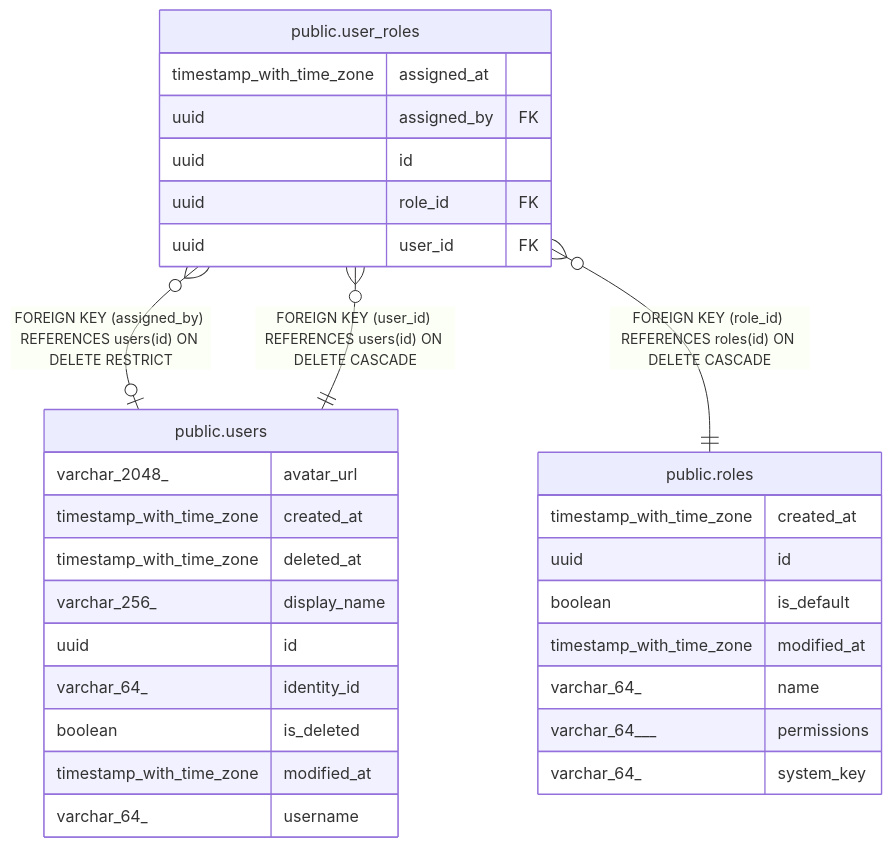
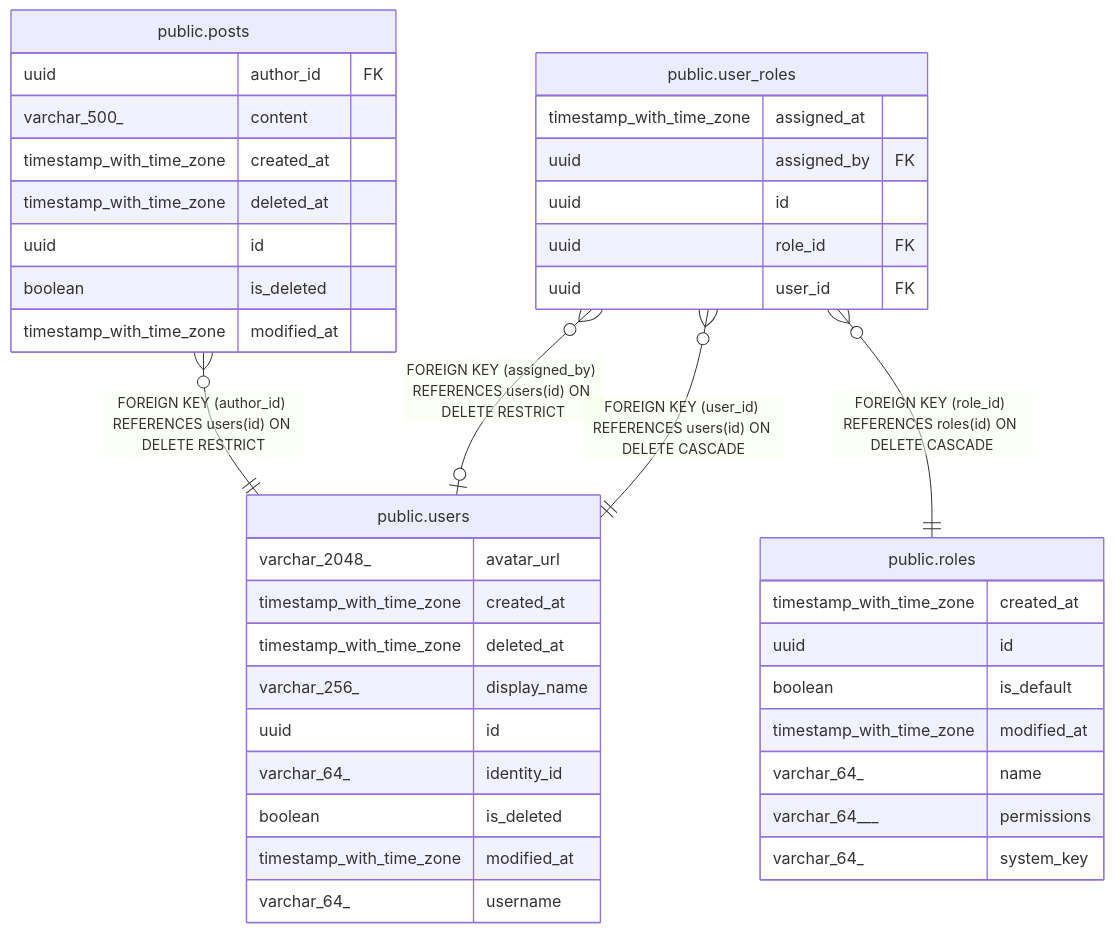
One commit to trduc2712/choco-api changed the diagram in docs/database/README.md. Above: the diagram before and after it, drawn with Mermaid. The commit also changed other lines of this file and 24 other files, not shown here.

````diff
--- a/docs/database/README.md
+++ b/docs/database/README.md
@@ -13,35 +14,45 @@
 ```mermaid
 erDiagram
 
+"public.posts" }o--|| "public.users" : "FOREIGN KEY (author_id) REFERENCES users(id) ON DELETE RESTRICT"
 "public.user_roles" }o--o| "public.users" : "FOREIGN KEY (assigned_by) REFERENCES users(id) ON DELETE RESTRICT"
 "public.user_roles" }o--|| "public.users" : "FOREIGN KEY (user_id) REFERENCES users(id) ON DELETE CASCADE"
 "public.user_roles" }o--|| "public.roles" : "FOREIGN KEY (role_id) REFERENCES roles(id) ON DELETE CASCADE"
 
+"public.posts" {
+  uuid author_id FK
+  varchar_500_ content
+  timestamp_with_time_zone created_at
+  timestamp_with_time_zone deleted_at
+  uuid id
+  boolean is_deleted
+  timestamp_with_time_zone modified_at
+}
 "public.roles" {
   timestamp_with_time_zone created_at
   uuid id
   boolean is_default
   timestamp_with_time_zone modified_at
   varchar_64_ name
   varchar_64___ permissions
   varchar_64_ system_key
 }
 "public.user_roles" {
   timestamp_with_time_zone assigned_at
   uuid assigned_by FK
   uuid id
   uuid role_id FK
   uuid user_id FK
 }
 "public.users" {
   varchar_2048_ avatar_url
   timestamp_with_time_zone created_at
   timestamp_with_time_zone deleted_at
   varchar_256_ display_name
   uuid id
   varchar_64_ identity_id
   boolean is_deleted
   timestamp_with_time_zone modified_at
   varchar_64_ username
 }
 ```
````
